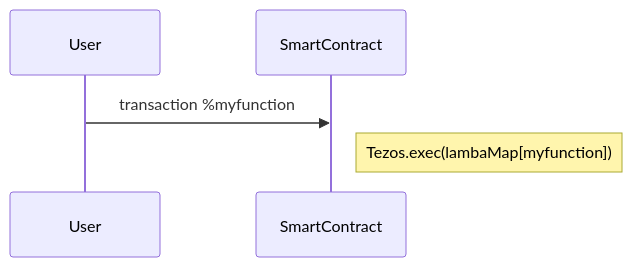
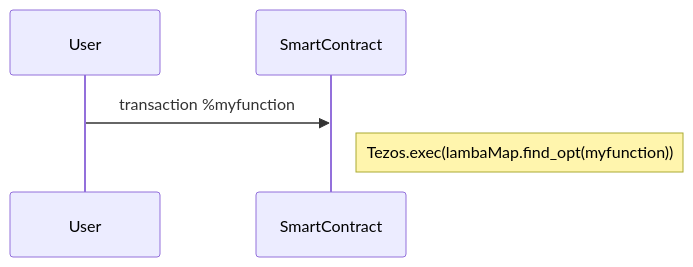
One commit to marigold-dev/training-dapp-4 changed the sixth of 7 diagrams in README.md. Above: the diagram before and after it, drawn with Mermaid. The commit also changed other lines of this file and 26 other files, not shown here.

````diff
--- a/README.md
+++ b/README.md
@@ -100,5 +123,5 @@
 ```mermaid
 sequenceDiagram
   User->>SmartContract: transaction %myfunction
-  Note right of SmartContract : Tezos.exec(lambaMap[myfunction])
+  Note right of SmartContract : Tezos.exec(lambaMap.find_opt(myfunction))
 ```
````
